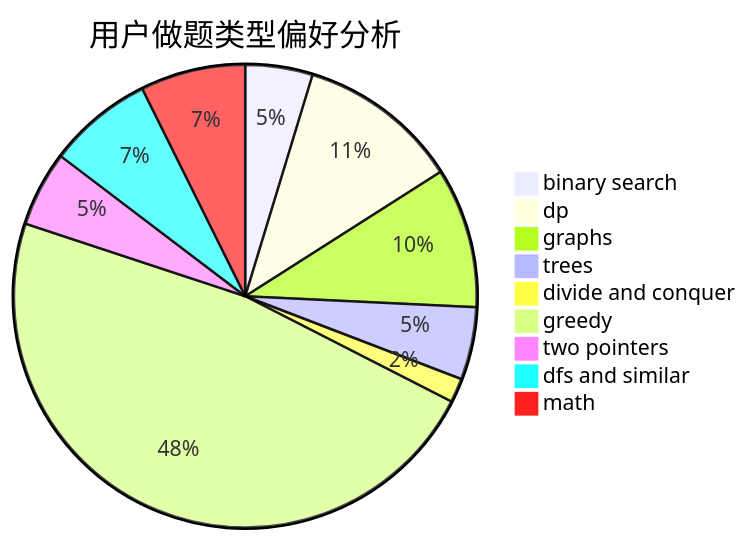
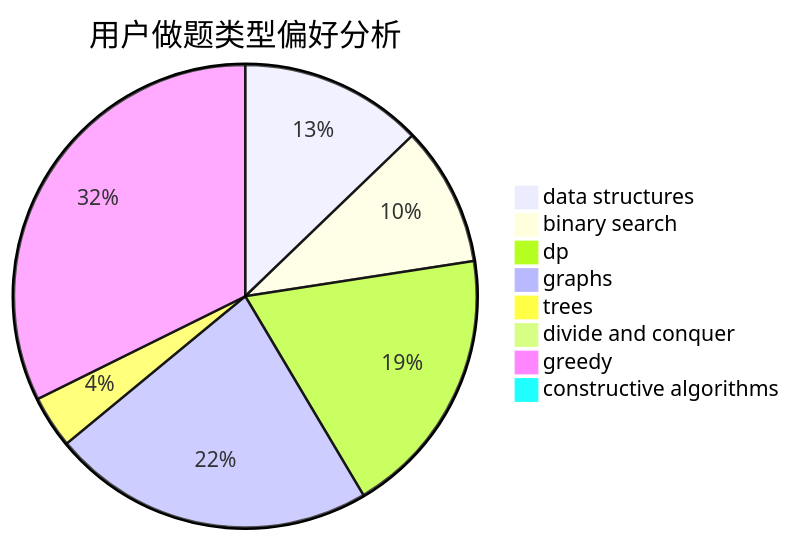
One commit to sherpahu/cfrs.github.io changed the second of 3 diagrams in docs/user/u2503.md. Above: the diagram before and after it, drawn with Mermaid. The commit also changed other lines of this file and 2775 other files, not shown here.

````diff
--- a/docs/user/u2503.md
+++ b/docs/user/u2503.md
@@ -23,12 +23,11 @@
 ```mermaid
 pie title 用户做题类型偏好分析
-    "binary search" :  25
-    "dp" :  60
-    "graphs" :  52
-    "trees" :  27
-    "divide and conquer" :  9
-    "greedy" :  253
-    "two pointers" :  28
-    "dfs and similar" :  39
-    "math" :  39
+    "data structures" :  21
+    "binary search" :  16
+    "dp" :  31
+    "graphs" :  37
+    "trees" :  6
+    "divide and conquer" :  0
+    "greedy" :  53
+    "constructive algorithms" :  1
 ```
````
